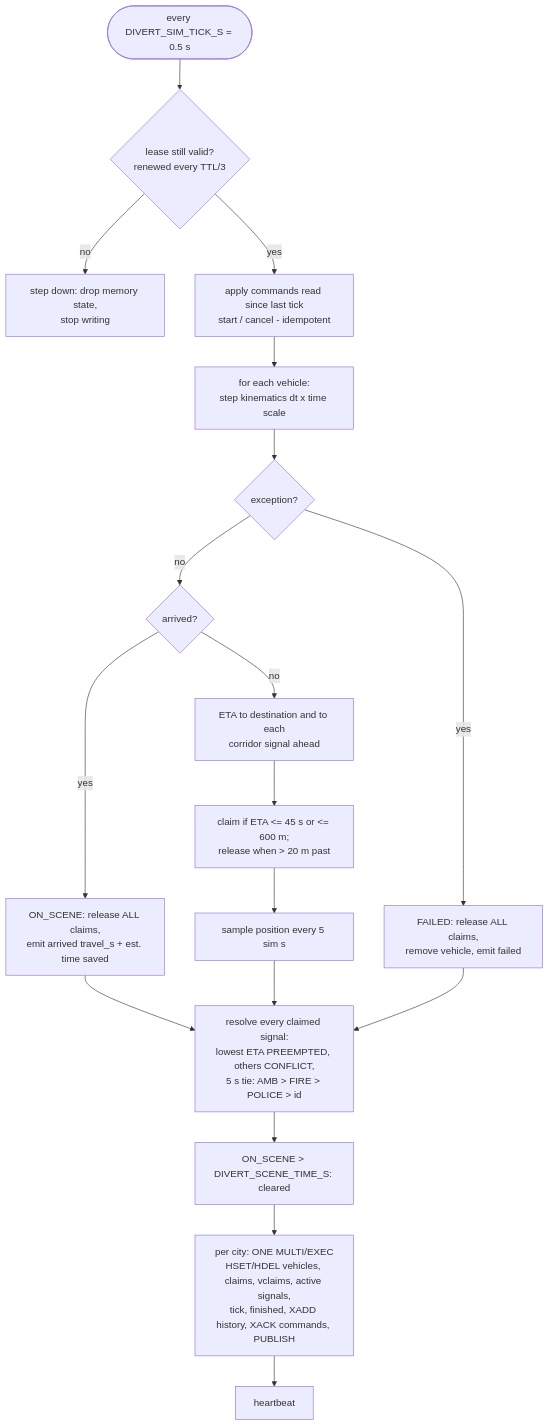
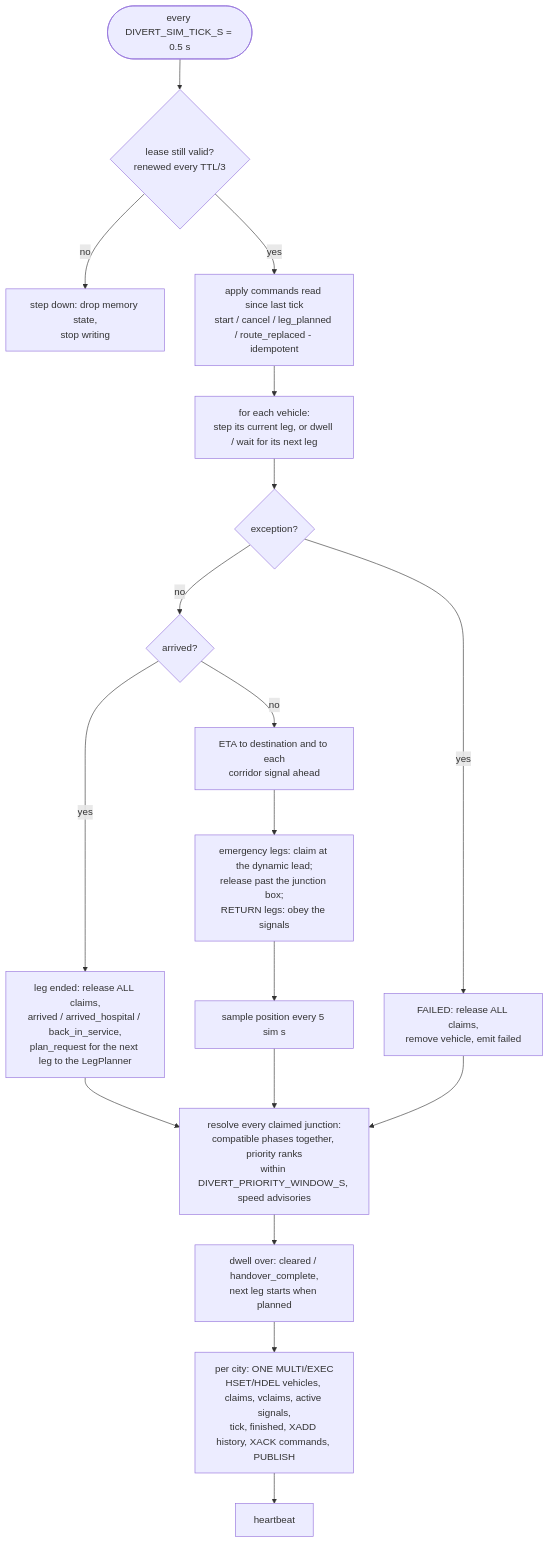
The third of 5 diagrams in docs/architecture.md (amanaanubhav/divert-ai), drawn with Mermaid before and after one commit. The commit also changed 5 other files, not shown here.

First line of the commit message:
docs: document trip legs, dynamic pre-emption and route choice

````diff
--- a/docs/architecture.md
+++ b/docs/architecture.md
@@ -166,20 +166,20 @@
 ```mermaid
 flowchart TD
     S([every DIVERT_SIM_TICK_S = 0.5 s]) --> L{lease still valid?<br/>renewed every TTL/3}
     L -- no --> SD[step down: drop memory state,<br/>stop writing]
-    L -- yes --> C[apply commands read since last tick<br/>start / cancel - idempotent]
-    C --> V[for each vehicle:<br/>step kinematics dt x time scale]
+    L -- yes --> C[apply commands read since last tick<br/>start / cancel / leg_planned / route_replaced - idempotent]
+    C --> V[for each vehicle:<br/>step its current leg, or dwell / wait for its next leg]
     V --> E{exception?}
     E -- yes --> F[FAILED: release ALL claims,<br/>remove vehicle, emit failed]
     E -- no --> A{arrived?}
-    A -- yes --> AR[ON_SCENE: release ALL claims,<br/>emit arrived travel_s + est. time saved]
+    A -- yes --> AR[leg ended: release ALL claims,<br/>arrived / arrived_hospital / back_in_service,<br/>plan_request for the next leg to the LegPlanner]
     A -- no --> ETA[ETA to destination and to each<br/>corridor signal ahead]
-    ETA --> CL[claim if ETA <= 45 s or <= 600 m;<br/>release when > 20 m past]
+    ETA --> CL[emergency legs: claim at the dynamic lead;<br/>release past the junction box;<br/>RETURN legs: obey the signals]
     CL --> SMP[sample position every 5 sim s]
     AR --> RES
-    SMP --> RES[resolve every claimed signal:<br/>lowest ETA PREEMPTED, others CONFLICT,<br/>5 s tie: AMB > FIRE > POLICE > id]
+    SMP --> RES[resolve every claimed junction:<br/>compatible phases together, priority ranks<br/>within DIVERT_PRIORITY_WINDOW_S, speed advisories]
     F --> RES
-    RES --> SC[ON_SCENE > DIVERT_SCENE_TIME_S: cleared]
+    RES --> SC[dwell over: cleared / handover_complete,<br/>next leg starts when planned]
     SC --> TX["per city: ONE MULTI/EXEC<br/>HSET/HDEL vehicles, claims, vclaims, active signals,<br/>tick, finished, XADD history, XACK commands, PUBLISH"]
     TX --> HB[heartbeat]
 ```
````
